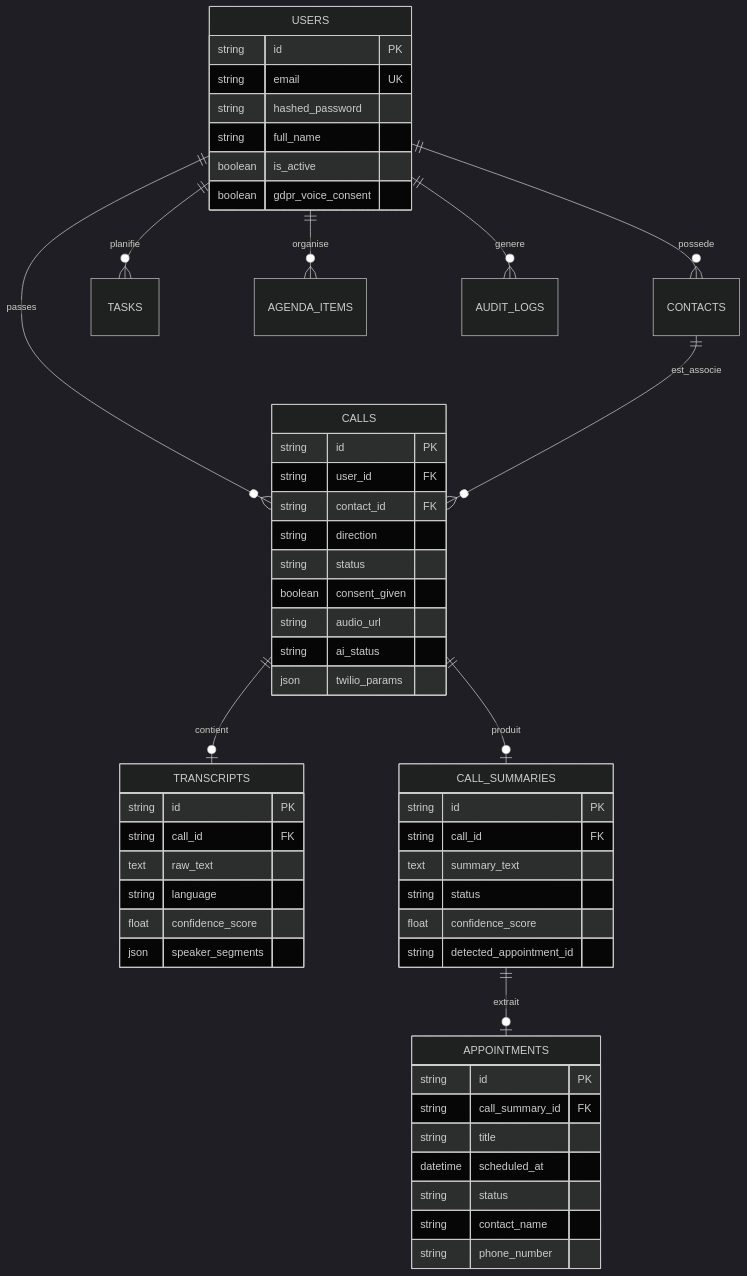
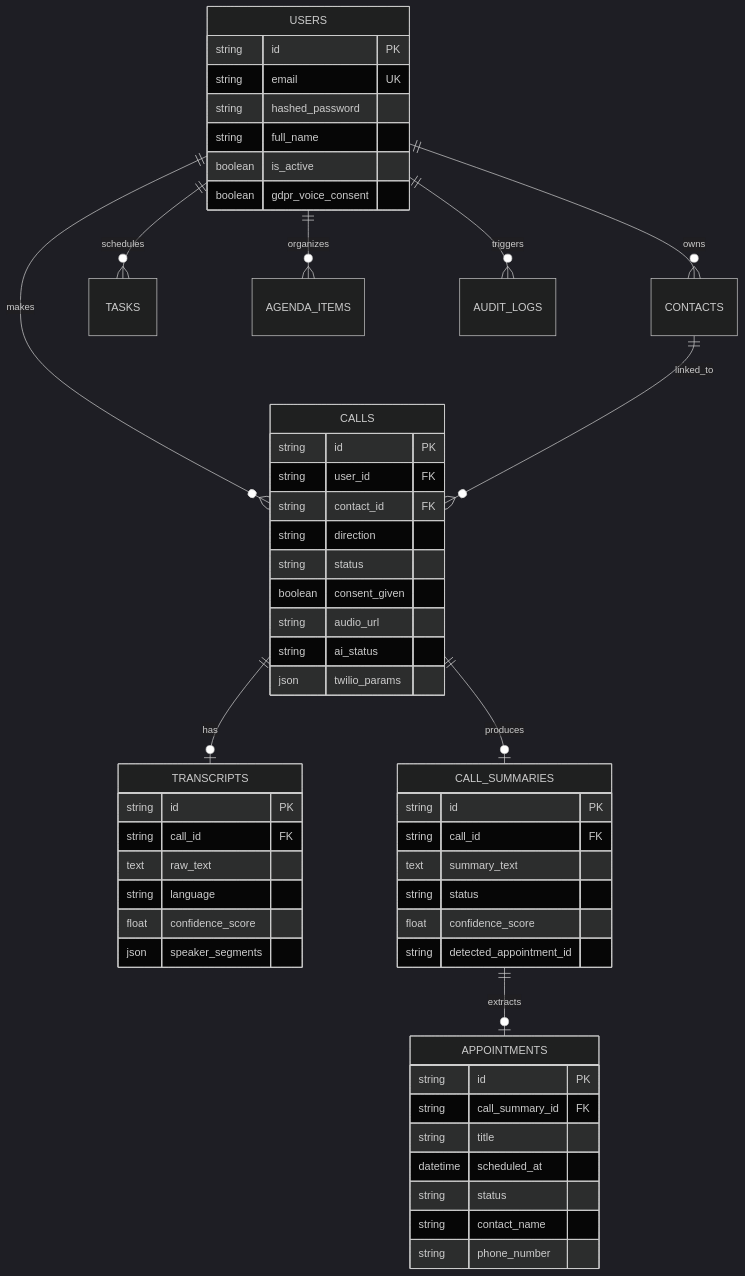
One commit to Ysn-Ir/IntelligentAppCalls changed the third of 4 diagrams in ARCHITECTURE.md. Above: the diagram before and after it, drawn with Mermaid (dark theme). The commit also changed other lines of this file and 3 other files, not shown here.

Commit message:
docs: translate all documentation files to English including architecture, history logs and hosting guides

````diff
--- a/ARCHITECTURE.md
+++ b/ARCHITECTURE.md
@@ -225,62 +225,62 @@
 ```mermaid
 erDiagram
-    USERS ||--o{ CALLS : passes
-    USERS ||--o{ CONTACTS : possede
-    USERS ||--o{ TASKS : planifie
-    USERS ||--o{ AGENDA_ITEMS : organise
-    USERS ||--o{ AUDIT_LOGS : genere
+    USERS ||--o{ CALLS : makes
+    USERS ||--o{ CONTACTS : owns
+    USERS ||--o{ TASKS : schedules
+    USERS ||--o{ AGENDA_ITEMS : organizes
+    USERS ||--o{ AUDIT_LOGS : triggers
     
-    CONTACTS ||--o{ CALLS : est_associe
-    CALLS ||--o| TRANSCRIPTS : contient
-    CALLS ||--o| CALL_SUMMARIES : produit
-    CALL_SUMMARIES ||--o| APPOINTMENTS : extrait
+    CONTACTS ||--o{ CALLS : linked_to
+    CALLS ||--o| TRANSCRIPTS : has
+    CALLS ||--o| CALL_SUMMARIES : produces
+    CALL_SUMMARIES ||--o| APPOINTMENTS : extracts
 
     USERS {
         string id PK
         string email UK
         string hashed_password
         string full_name
         boolean is_active
         boolean gdpr_voice_consent
     }
 
     CALLS {
         string id PK
         string user_id FK
         string contact_id FK
         string direction
         string status
         boolean consent_given
         string audio_url
         string ai_status
         json twilio_params
     }
 
     TRANSCRIPTS {
         string id PK
         string call_id FK
         text raw_text
         string language
         float confidence_score
         json speaker_segments
     }
 
     CALL_SUMMARIES {
         string id PK
         string call_id FK
         text summary_text
         string status
         float confidence_score
         string detected_appointment_id
     }
 
     APPOINTMENTS {
         string id PK
         string call_summary_id FK
         string title
         datetime scheduled_at
         string status
         string contact_name
         string phone_number
     }
 ```
````
